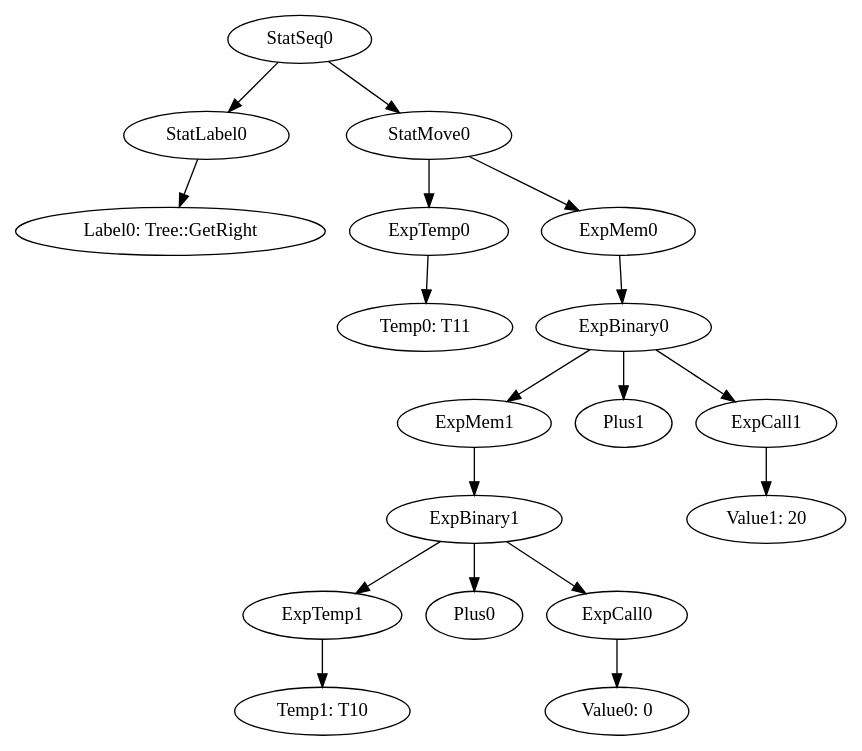
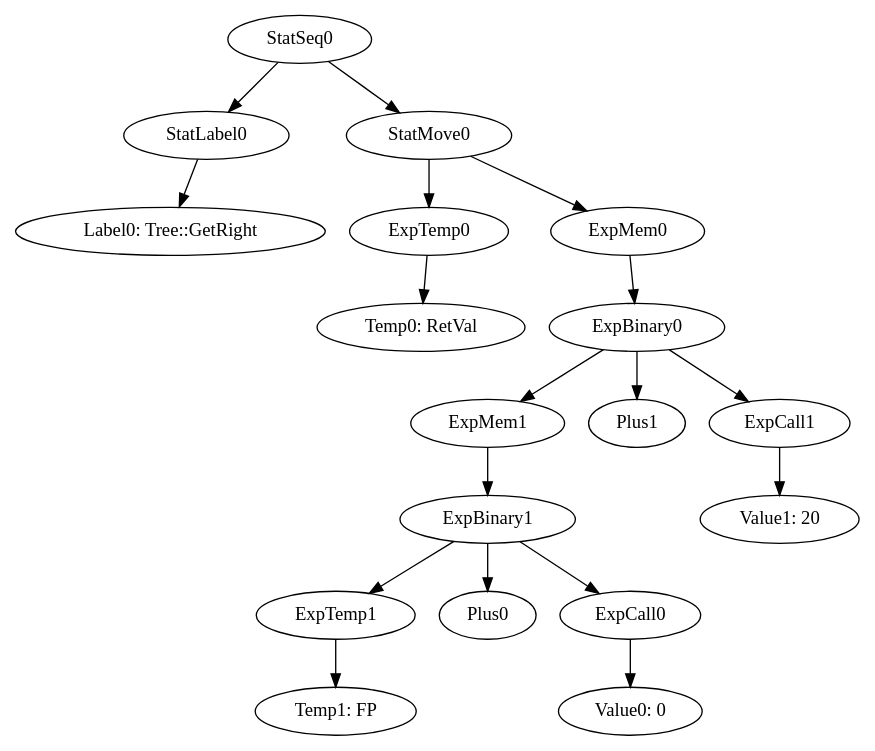
One commit to team-compilers/compilers changed the diagram in MiniJava/results/SamplesCorrect/TreeVisitor/irt_Tree::GetRight.gv. Above: the diagram before and after it, drawn with Graphviz. The commit also changed 167 other files, not shown here.

```diff
--- a/MiniJava/results/SamplesCorrect/TreeVisitor/irt_Tree::GetRight.gv
+++ b/MiniJava/results/SamplesCorrect/TreeVisitor/irt_Tree::GetRight.gv
@@ -1,20 +1,20 @@
 digraph {
 	ordering = out;
 	StatMove0 -> ExpTemp0;
 	StatMove0 -> ExpMem0;
 	ExpBinary0 -> ExpMem1;
 	ExpBinary0 -> Plus1;
 	ExpBinary0 -> ExpCall1;
 	ExpCall1 -> "Value1: 20";
-	ExpTemp0 -> "Temp0: T11";
+	ExpTemp0 -> "Temp0: RetVal";
 	StatSeq0 -> StatLabel0;
 	StatSeq0 -> StatMove0;
 	StatLabel0 -> "Label0: Tree::GetRight";
-	ExpTemp1 -> "Temp1: T10";
+	ExpTemp1 -> "Temp1: FP";
 	ExpMem0 -> ExpBinary0;
 	ExpBinary1 -> ExpTemp1;
 	ExpBinary1 -> Plus0;
 	ExpBinary1 -> ExpCall0;
 	ExpCall0 -> "Value0: 0";
 	ExpMem1 -> ExpBinary1;
 }
```
